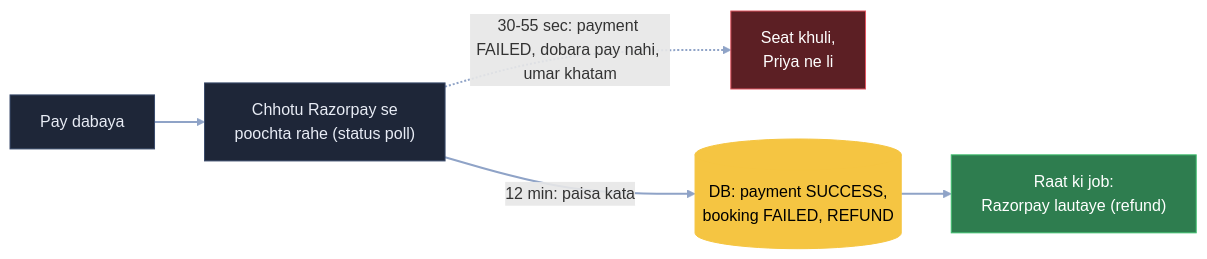
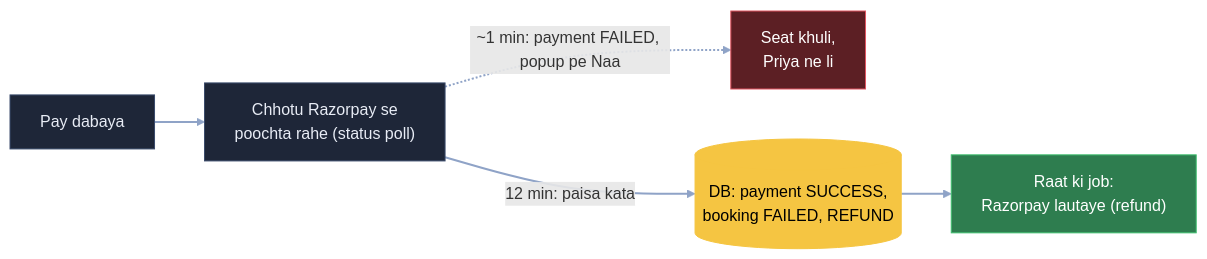
The ninth of 11 diagrams in 04_HLD/SYSTEM_DESIGNS/09_bookmyshow/09_bookmyshow.md (ArpanMaheshwari144/Prep), drawn with Mermaid before and after one commit. The commit also changed other lines of this file and 2 other files, not shown here.

Commit message:
BMS 6b: 1 min baad popup 'dobara pay?' - Haan = PSP-2 ka QR, Naa = seat turant khali, TTL nahi badhana; 6e, state diagram, FR, chain

````diff
--- a/04_HLD/SYSTEM_DESIGNS/09_bookmyshow/09_bookmyshow.md
+++ b/04_HLD/SYSTEM_DESIGNS/09_bookmyshow/09_bookmyshow.md
@@ -341,12 +344,12 @@
 ```mermaid
 flowchart LR
     P["Pay dabaya"]:::card --> C["Chhotu Razorpay se<br/>poochta rahe (status poll)"]:::card
-    C -. "30-55 sec: payment FAILED, dobara pay nahi, umar khatam" .-> W["Seat khuli,<br/>Priya ne li"]:::bad
+    C -. "~1 min: payment FAILED, popup pe Naa" .-> W["Seat khuli,<br/>Priya ne li"]:::bad
     C -- "12 min: paisa kata" --> D[("DB: payment SUCCESS,<br/>booking FAILED, REFUND")]:::pill
     D --> N["Raat ki job:<br/>Razorpay lautaye (refund)"]:::good
     linkStyle default stroke:#8fa3c7,stroke-width:2px
     classDef card fill:#1e2638,stroke:#3a4a6b,color:#e8ecf5
     classDef pill fill:#f5c542,stroke:#f5c542,color:#000
     classDef good fill:#2e7d4f,stroke:#3fbf6f,color:#fff
     classDef bad fill:#5c1f24,stroke:#e05561,color:#fff
 ```
````
